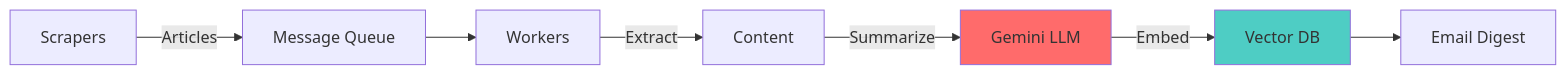
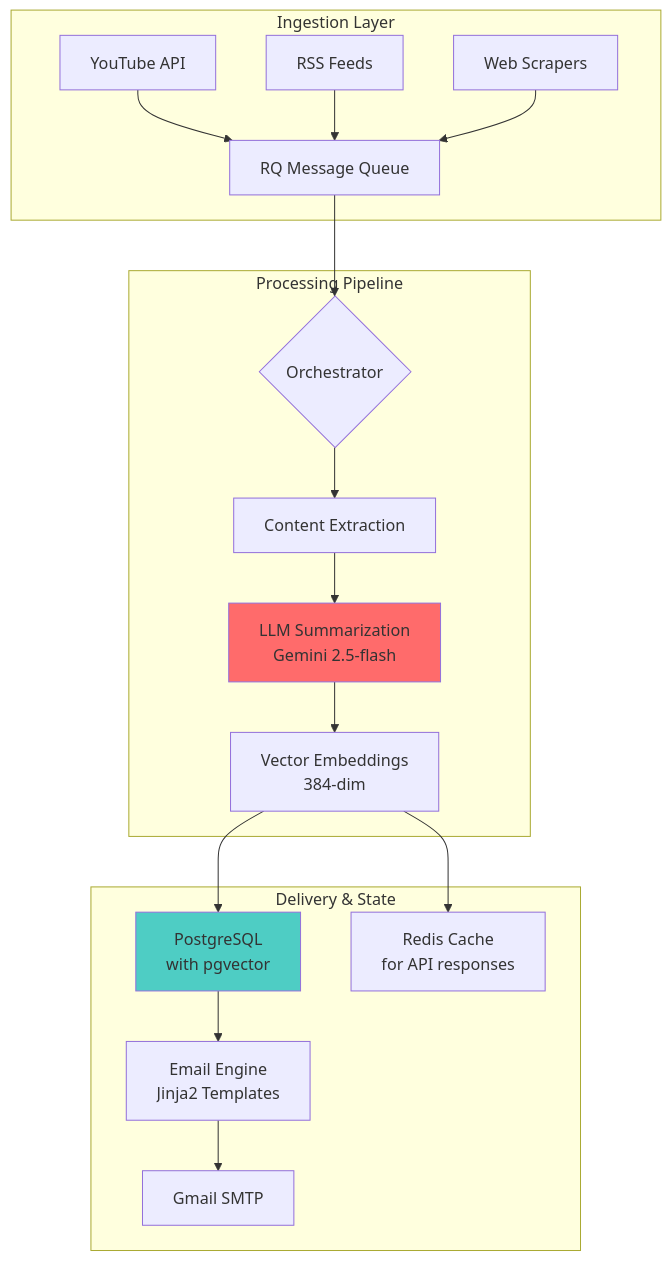
One commit to JoelJohnsonThomas/nexus-pipeline changed the diagram in README.md. Above: the diagram before and after it, drawn with Mermaid. The commit also changed other lines of this file, not shown here.

Commit message:
feat: significantly expand README with detailed architecture, key engineering decisions, and production deployment guide.

````diff
--- a/README.md
+++ b/README.md
@@ -24,12 +29,25 @@
 ```mermaid
-graph LR
-    A[Scrapers] -->|Articles| B[Message Queue]
-    B --> C[Workers]
-    C -->|Extract| D[Content]
-    D -->|Summarize| E[Gemini LLM]
-    E -->|Embed| F[Vector DB]
-    F --> G[Email Digest]
+graph TB
+    subgraph "Ingestion Layer"
+        A[YouTube API] --> E[RQ Message Queue]
+        B[RSS Feeds] --> E
+        C[Web Scrapers] --> E
+    end
     
-    style E fill:#ff6b6b
-    style F fill:#4ecdc4
+    subgraph "Processing Pipeline"
+        E --> F{Orchestrator}
+        F --> G[Content Extraction]
+        G --> H[LLM Summarization<br/>Gemini 2.5-flash]
+        H --> I[Vector Embeddings<br/>384-dim]
+    end
+    
+    subgraph "Delivery & State"
+        I --> J[PostgreSQL<br/>with pgvector]
+        I --> K[Redis Cache<br/>for API responses]
+        J --> L[Email Engine<br/>Jinja2 Templates]
+        L --> M[Gmail SMTP]
+    end
+    
+    style H fill:#ff6b6b
+    style J fill:#4ecdc4
 ```
````
